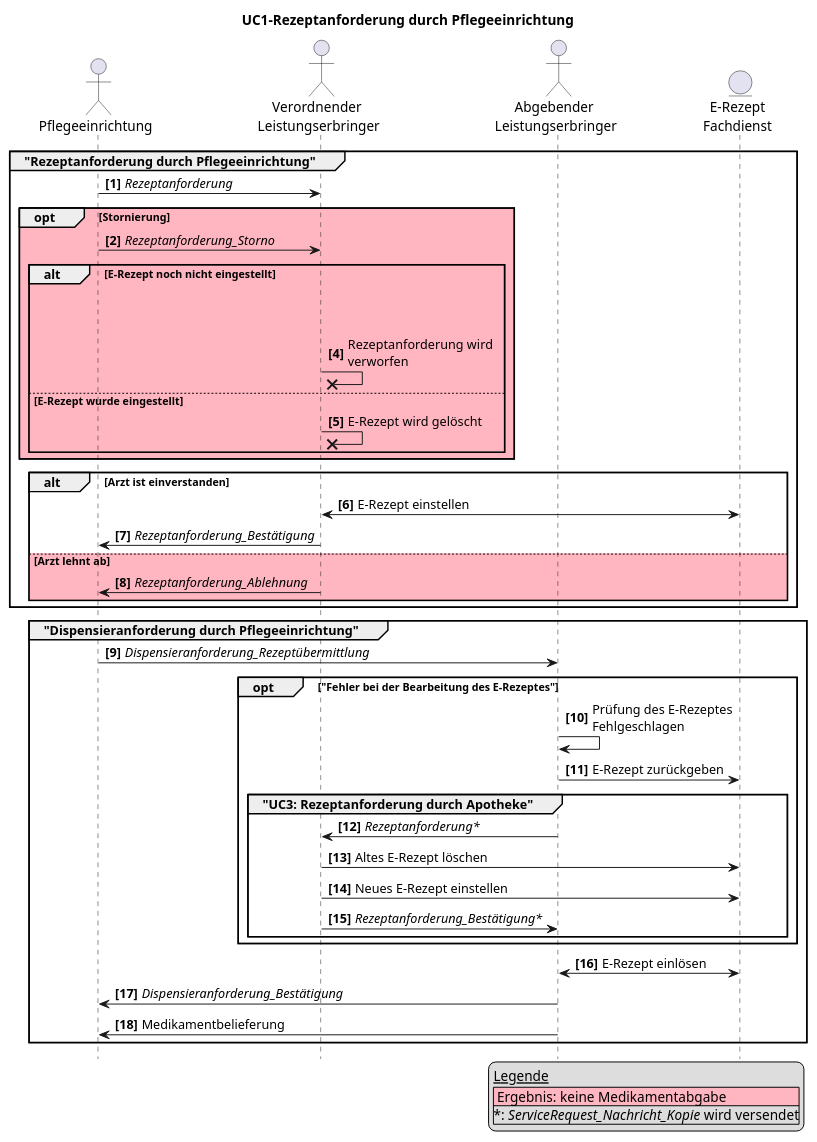
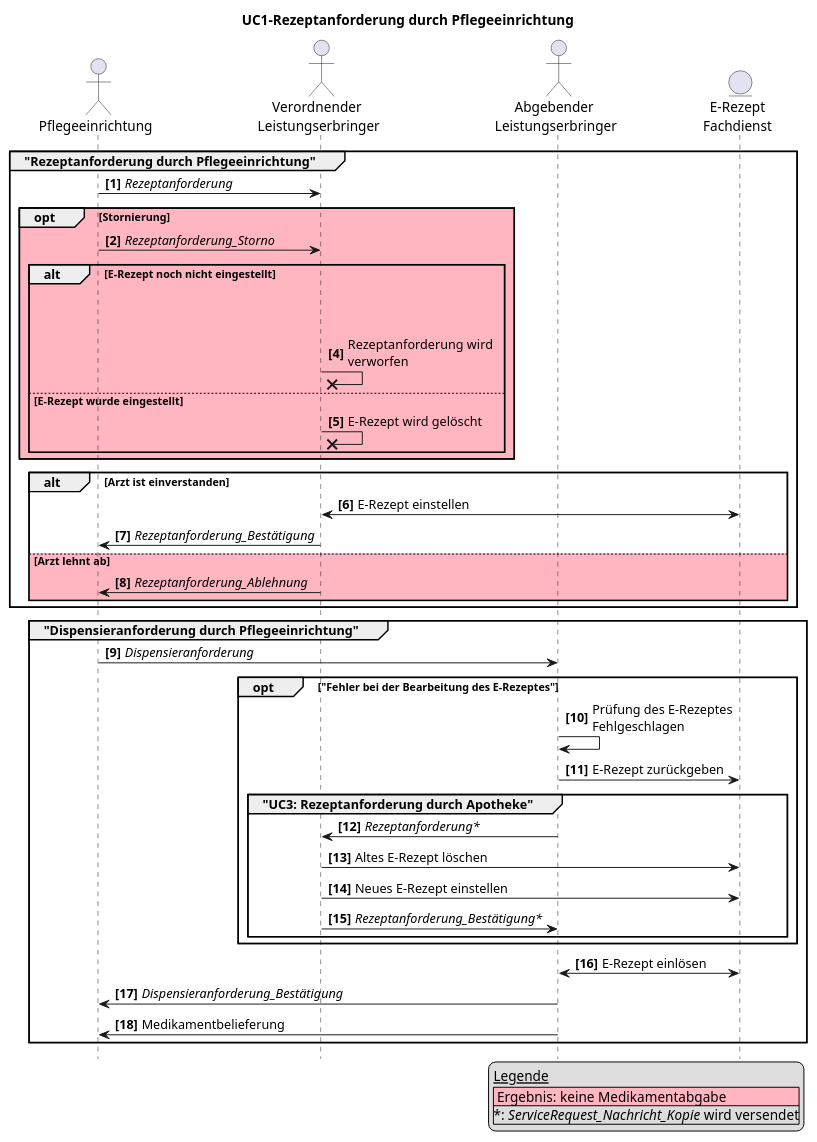
The diagram in Resources/puml/gemF_eRp_KIM/UC1-rezeptanforderung-pflege.puml (gematik/spec-E-Rezept-ServiceRequest), drawn with PlantUML before and after one commit. The commit also changed 16 other files, not shown here.

```diff
--- a/Resources/puml/gemF_eRp_KIM/UC1-rezeptanforderung-pflege.puml
+++ b/Resources/puml/gemF_eRp_KIM/UC1-rezeptanforderung-pflege.puml
@@ -1,65 +1,65 @@
 @startuml name = "UC1-Rezeptanforderung-Pflege"
 
 
 skinparam maxMessageSize 200
 
 actor "Pflegeeinrichtung" as Pflegeeinrichtung
 actor "Verordnender \nLeistungserbringer" as Arztpraxis
 actor "Abgebender \nLeistungserbringer" as Apotheke
 entity "E-Rezept\nFachdienst" as FD
 
 title UC1-Rezeptanforderung durch Pflegeeinrichtung
 hide footbox
 autonumber "<b>[0]"
 
 legend bottom right
     __Legende__
     |<#LightPink> Ergebnis: keine Medikamentabgabe|
     |*: //ServiceRequest_Nachricht_Kopie// wird versendet|
 endlegend
 
 group "Rezeptanforderung durch Pflegeeinrichtung"
 Pflegeeinrichtung -> Arztpraxis: //Rezeptanforderung//
 
 opt #LightPink Stornierung
     Pflegeeinrichtung -> Arztpraxis: //Rezeptanforderung_Storno//
     alt #LightPink E-Rezept noch nicht eingestellt
     Pflegeeinrichtung -[hidden]-> Arztpraxis: Rezeptanforderung wird verworfen
         Arztpraxis ->x Arztpraxis: Rezeptanforderung wird verworfen
     else #LightPink E-Rezept wurde eingestellt
         Arztpraxis ->x Arztpraxis: E-Rezept wird gelöscht
     end
 end
 
 alt Arzt ist einverstanden 
     Arztpraxis <-> FD: E-Rezept einstellen
     Arztpraxis -> Pflegeeinrichtung: //Rezeptanforderung_Bestätigung//
     
 else #LightPink Arzt lehnt ab
     Arztpraxis -> Pflegeeinrichtung: //Rezeptanforderung_Ablehnung//
 end
 
 end
 
 group  "Dispensieranforderung durch Pflegeeinrichtung"
-Pflegeeinrichtung -> Apotheke: //Dispensieranforderung_Rezeptübermittlung//
+Pflegeeinrichtung -> Apotheke: //Dispensieranforderung//
 
 opt "Fehler bei der Bearbeitung des E-Rezeptes"
  Apotheke -> Apotheke: Prüfung des E-Rezeptes Fehlgeschlagen
  Apotheke -> FD: E-Rezept zurückgeben
  group "UC3: Rezeptanforderung durch Apotheke"
   Apotheke -> Arztpraxis: //Rezeptanforderung*//
   Arztpraxis -> FD: Altes E-Rezept löschen
   Arztpraxis -> FD: Neues E-Rezept einstellen
   Arztpraxis -> Apotheke: //Rezeptanforderung_Bestätigung*//
  end
 end
 
 Apotheke <-> FD: E-Rezept einlösen
 
 Apotheke -> Pflegeeinrichtung: //Dispensieranforderung_Bestätigung//
 Apotheke -> Pflegeeinrichtung: Medikamentbelieferung
 
 end
 
 @enduml
```
